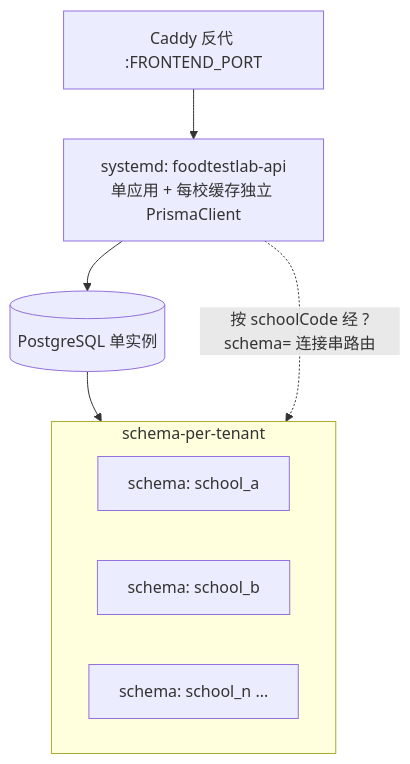
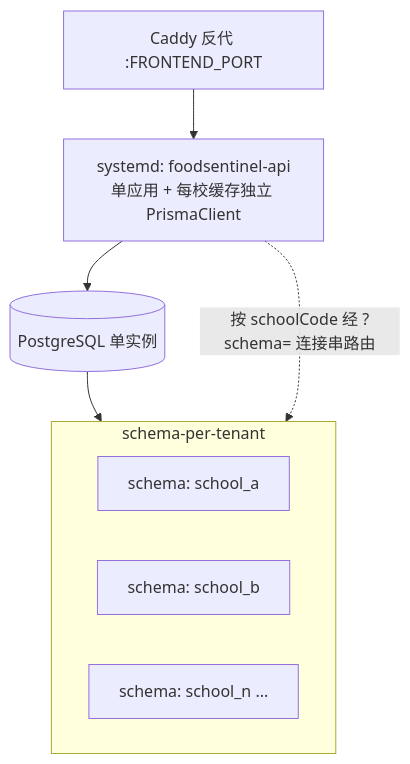
The third of 5 diagrams in README.md (ArthurUker/Tianjiabing_foodtestlab), drawn with Mermaid before and after one commit. The commit also changed other lines of this file and 6 other files, not shown here.

````diff
--- a/README.md
+++ b/README.md
@@ -131,14 +131,14 @@
 ```mermaid
 flowchart TB
     Caddy[Caddy 反代 :FRONTEND_PORT]
-    API[systemd: foodtestlab-api<br/>单应用 + 每校缓存独立 PrismaClient]
+    API[systemd: foodsentinel-api<br/>单应用 + 每校缓存独立 PrismaClient]
     PG[(PostgreSQL 单实例)]
     subgraph Schemas[schema-per-tenant]
         S1[schema: school_a]
         S2[schema: school_b]
         Sn[schema: school_n ...]
     end
     Caddy --> API --> PG
     PG --> Schemas
     API -.按 schoolCode 经 ?schema= 连接串路由.-> Schemas
 ```
````
